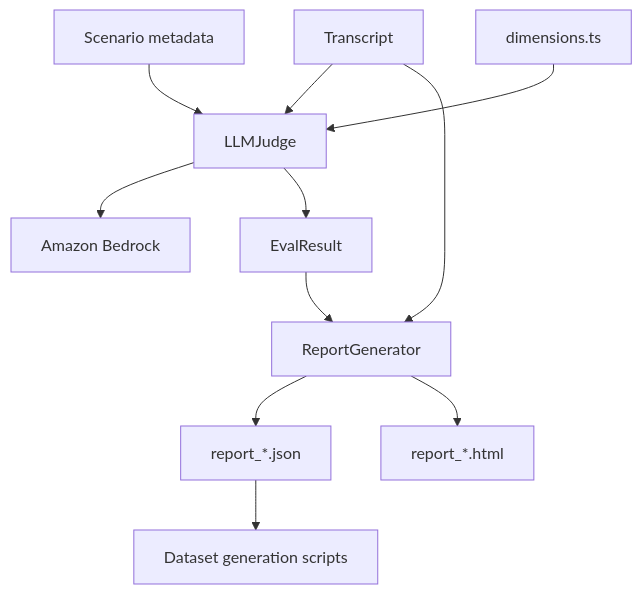
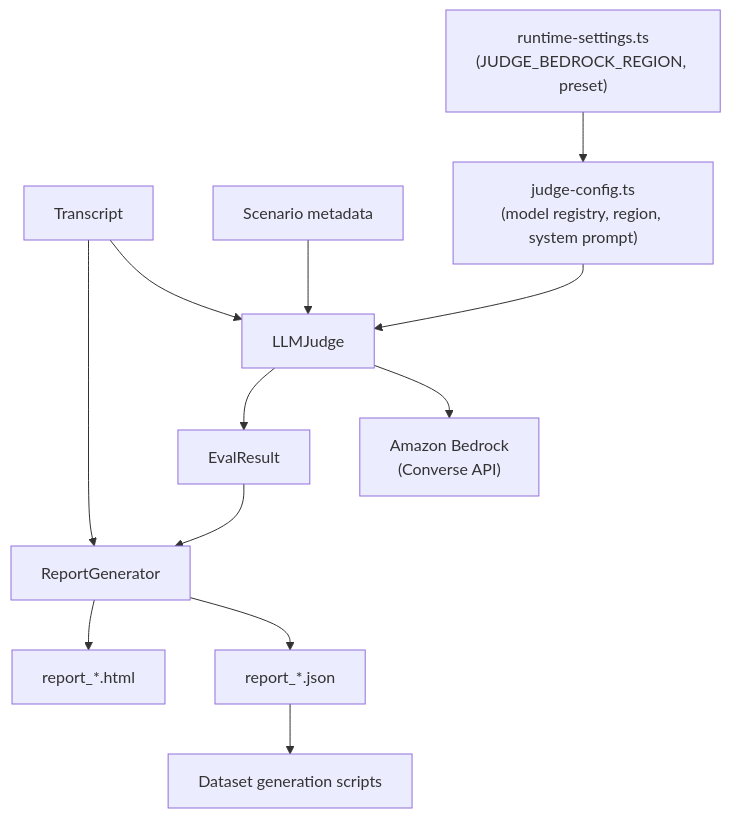
Before and after one commit to alokkulkarni/aria-evaluator-ts: the diagram in docs/4. Deep Dive/Judge, Reports, and Fine-tuning.md, drawn with Mermaid. The commit also changed other lines of this file and 3 other files, not shown here.

````diff
--- a/docs/4. Deep Dive/Judge, Reports, and Fine-tuning.md
+++ b/docs/4. Deep Dive/Judge, Reports, and Fine-tuning.md
@@ -18,13 +20,14 @@
 ```mermaid
 graph TB
   Transcript["Transcript"] --> Judge["LLMJudge"]
   Scenario["Scenario metadata"] --> Judge
-  Dimensions["dimensions.ts"] --> Judge
-  Judge --> Bedrock["Amazon Bedrock"]
+  JudgeConfig["judge-config.ts\n(model registry, region, system prompt)"] --> Judge
+  Settings["runtime-settings.ts\n(JUDGE_BEDROCK_REGION, preset)"] --> JudgeConfig
+  Judge --> Bedrock["Amazon Bedrock\n(Converse API)"]
   Judge --> EvalResult["EvalResult"]
   EvalResult --> Report["ReportGenerator"]
   Transcript --> Report
   Report --> Json["report_*.json"]
   Report --> Html["report_*.html"]
   Json --> FineTune["Dataset generation scripts"]
 ```
````
